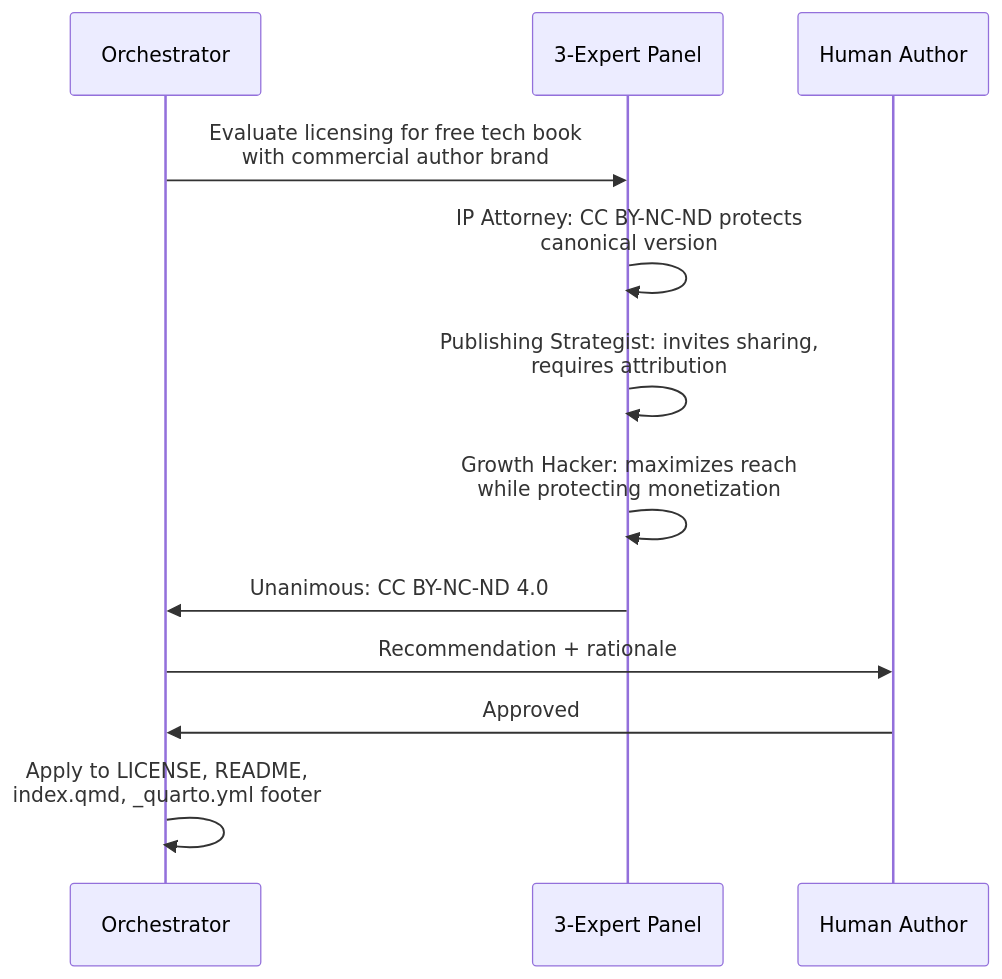
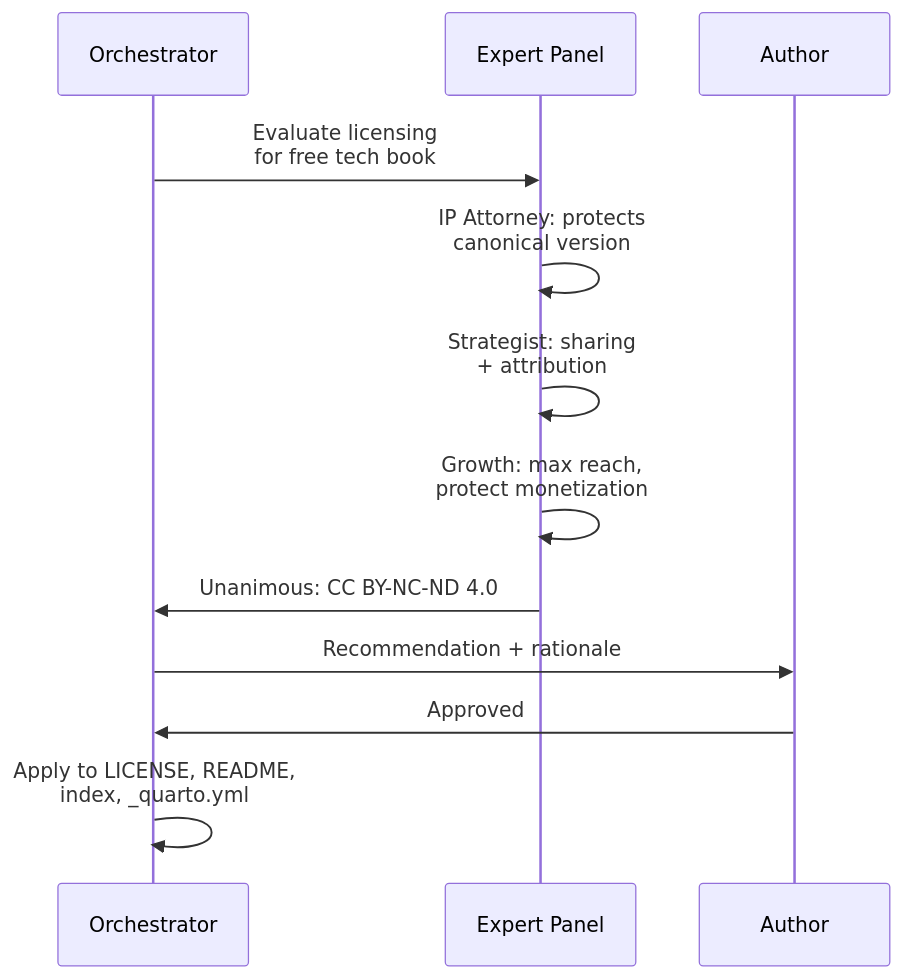
Before and after one commit to danielmeppiel/agentic-sdlc-handbook: the fourth of 4 diagrams in case-study-publishing-pipeline.qmd, drawn with Mermaid. The commit also changed other lines of this file and 16 other files, not shown here.

First line of the commit message:
fix: aggressive fig-width capping — RCA-driven mermaid rendering overhaul

````diff
--- a/case-study-publishing-pipeline.qmd
+++ b/case-study-publishing-pipeline.qmd
@@ -148,16 +154,16 @@
 ```{mermaid}
-%%| fig-width: 5.5
+%%| fig-width: 6.5
 sequenceDiagram
     participant O as Orchestrator
-    participant P as 3-Expert Panel
-    participant H as Human Author
+    participant P as Expert Panel
+    participant H as Author
 
-    O->>P: Evaluate licensing for free tech book<br/>with commercial author brand
-    P->>P: IP Attorney: CC BY-NC-ND protects<br/>canonical version
-    P->>P: Publishing Strategist: invites sharing,<br/>requires attribution
-    P->>P: Growth Hacker: maximizes reach<br/>while protecting monetization
+    O->>P: Evaluate licensing<br/>for free tech book
+    P->>P: IP Attorney: protects<br/>canonical version
+    P->>P: Strategist: sharing<br/>+ attribution
+    P->>P: Growth: max reach,<br/>protect monetization
     P->>O: Unanimous: CC BY-NC-ND 4.0
     O->>H: Recommendation + rationale
     H->>O: Approved
-    O->>O: Apply to LICENSE, README,<br/>index.qmd, _quarto.yml footer
+    O->>O: Apply to LICENSE, README,<br/>index, _quarto.yml
 ```
````
